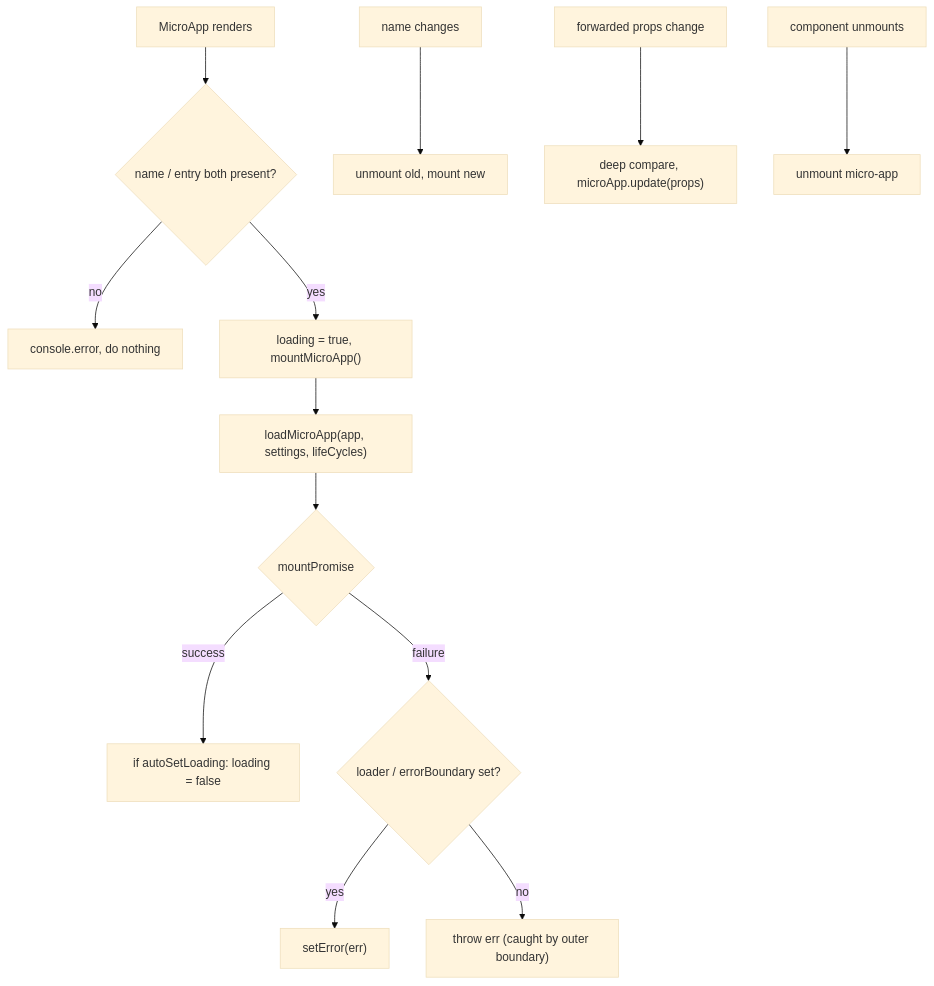
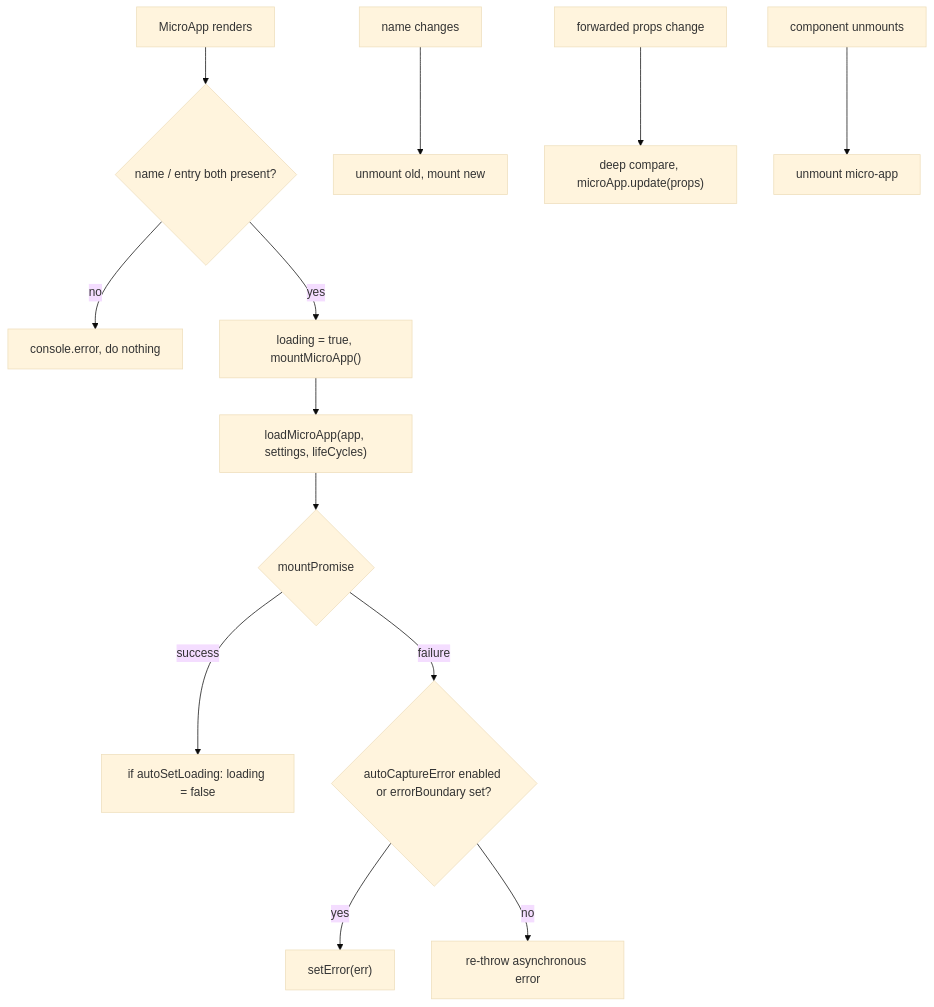
The diagram in docs/ecosystem/react.md (umijs/qiankun), drawn with Mermaid (base theme) before and after one commit. The commit also changed other lines of this file and 66 other files, not shown here.

````diff
--- a/docs/ecosystem/react.md
+++ b/docs/ecosystem/react.md
@@ -255,15 +265,15 @@
 ```mermaid
 flowchart TD
   A[MicroApp renders] --> B{name / entry both present?}
   B -- no --> B0[console.error, do nothing]
   B -- yes --> C["loading = true, mountMicroApp()"]
   C --> D["loadMicroApp(app, settings, lifeCycles)"]
   D --> E{mountPromise}
   E -- success --> F["if autoSetLoading: loading = false"]
-  E -- failure --> G{loader / errorBoundary set?}
+  E -- failure --> G{autoCaptureError enabled or errorBoundary set?}
   G -- yes --> H["setError(err)"]
-  G -- no --> I["throw err (caught by outer boundary)"]
+  G -- no --> I["re-throw asynchronous error"]
   J[name changes] --> K[unmount old, mount new]
   L[forwarded props change] --> M["deep compare, microApp.update(props)"]
   N[component unmounts] --> O[unmount micro-app]
 ```
````
